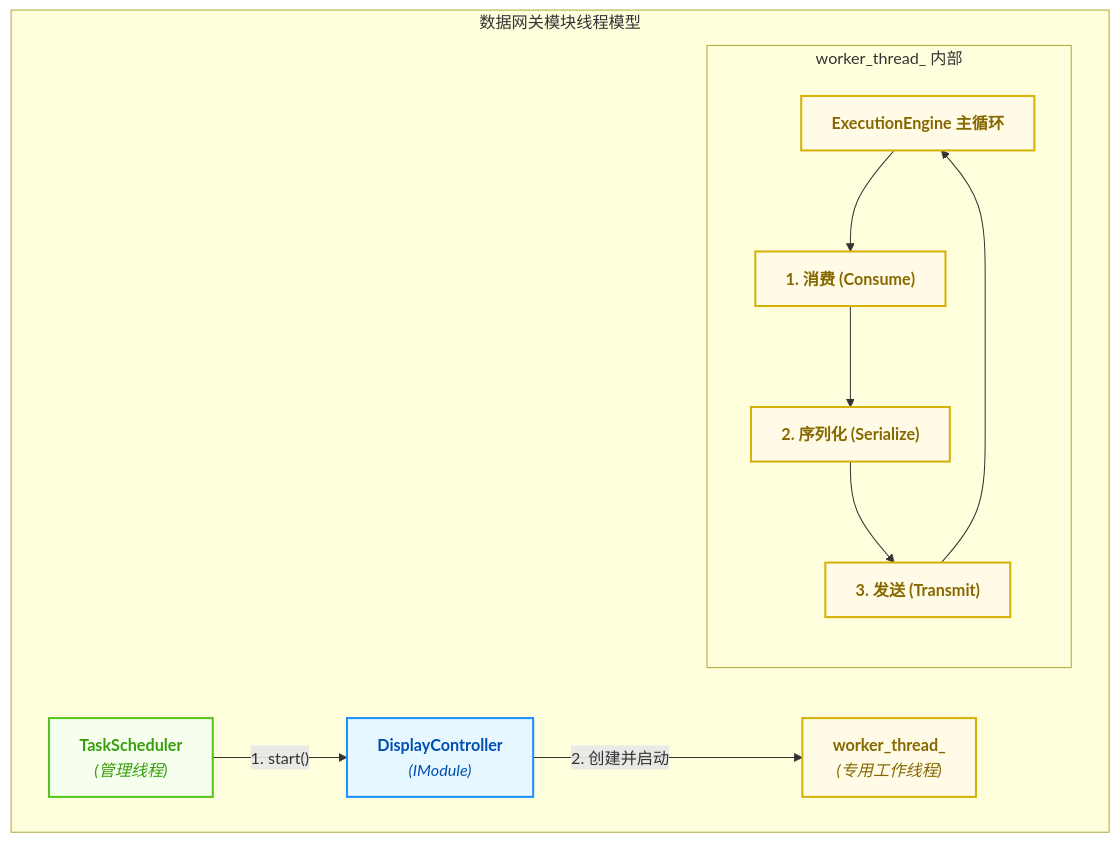
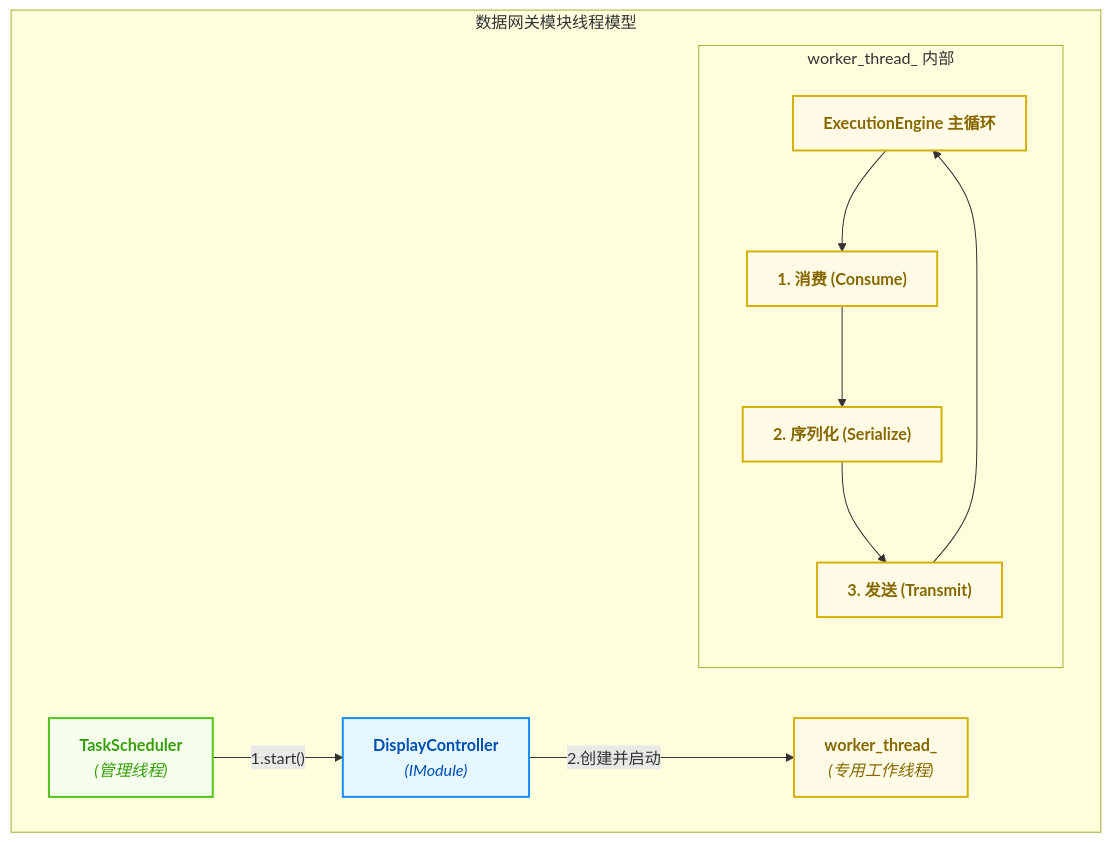
One commit to wendizhou99-cell/Radar changed the fourth of 5 diagrams in docs/01_项目设计/02_模块设计/04_数据网关模块设计.md. Above: the diagram before and after it, drawn with Mermaid. The commit also changed other lines of this file and 8 other files, not shown here.

````diff
--- a/docs/01_项目设计/02_模块设计/04_数据网关模块设计.md
+++ b/docs/01_项目设计/02_模块设计/04_数据网关模块设计.md
@@ -397,24 +400,24 @@
 ```mermaid
 graph TD
     subgraph "数据网关模块线程模型"
         direction LR
-        A["<b>TaskScheduler</b><br/><i>(管理线程)</i>"] -- "1. start()" --> B["<b>DisplayController</b><br/><i>(IModule)</i>"];
-        B -- "2. 创建并启动" --> C["<b>worker_thread_</b><br/><i>(专用工作线程)</i>"];
+        A["<b>TaskScheduler</b><br/><i>(管理线程)</i>"] -- "1.start()" --> B["<b>DisplayController</b><br/><i>(IModule)</i>"];
+        B -- "2.创建并启动" --> C["<b>worker_thread_</b><br/><i>(专用工作线程)</i>"];
 
         subgraph "worker_thread_ 内部"
             direction TB
             D["<b>ExecutionEngine 主循环</b>"] --> E["<b>1. 消费 (Consume)</b>"];
             E --> F["<b>2. 序列化 (Serialize)</b>"];
             F --> G["<b>3. 发送 (Transmit)</b>"];
             G --> D;
         end
     end
 
     classDef scheduler fill:#f6ffed,stroke:#52c41a,stroke-width:2px,color:#389e0d
     classDef module fill:#e6f7ff,stroke:#1890ff,stroke-width:2px,color:#0050b3
     classDef thread fill:#fffbe6,stroke:#d4b106,stroke-width:2px,color:#876800
 
     class A scheduler
     class B module
     class C,D,E,F,G thread
 ```
````
